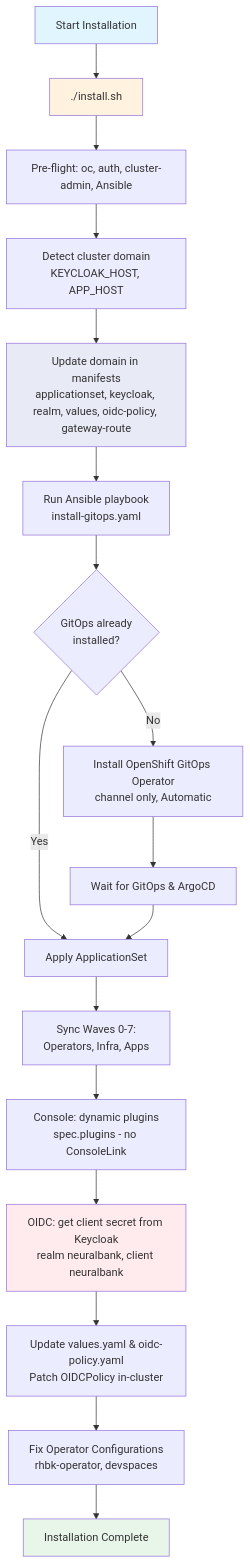
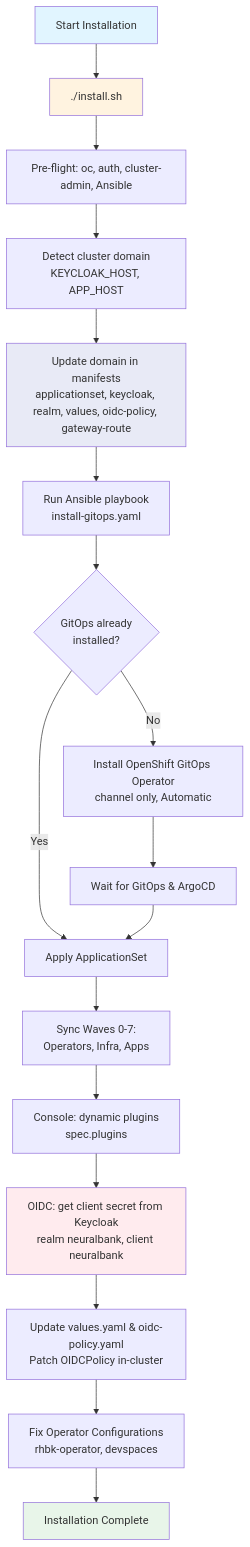
Before and after one commit to maximilianoPizarro/connectivity-link: the third of 3 diagrams in README.md, drawn with Mermaid. The commit also changed other lines of this file and 8 other files, not shown here.

````diff
--- a/README.md
+++ b/README.md
@@ -933,28 +933,28 @@
 ```mermaid
 graph TD
     Start[Start Installation] --> InstallScript[./install.sh]
     
     InstallScript --> Preflight[Pre-flight: oc, auth, cluster-admin, Ansible]
     Preflight --> DetectDomain[Detect cluster domain<br/>KEYCLOAK_HOST, APP_HOST]
     DetectDomain --> UpdateDomains[Update domain in manifests<br/>applicationset, keycloak, realm, values, oidc-policy, gateway-route]
     UpdateDomains --> RunPlaybook[Run Ansible playbook<br/>install-gitops.yaml]
     
     RunPlaybook --> CheckGitOps{GitOps already<br/>installed?}
     CheckGitOps -->|Yes| ApplyAppSet[Apply ApplicationSet]
     CheckGitOps -->|No| InstallGitOps[Install OpenShift GitOps Operator<br/>channel only, Automatic]
     InstallGitOps --> WaitGitOps[Wait for GitOps & ArgoCD]
     WaitGitOps --> ApplyAppSet
     
     ApplyAppSet --> SyncWaves[Sync Waves 0-7:<br/>Operators, Infra, Apps]
-    SyncWaves --> ConsolePlugins[Console: dynamic plugins<br/>spec.plugins - no ConsoleLink]
+    SyncWaves --> ConsolePlugins[Console: dynamic plugins<br/>spec.plugins]
     ConsolePlugins --> OIDCFromKC[OIDC: get client secret from Keycloak<br/>realm neuralbank, client neuralbank]
     OIDCFromKC --> UpdateValues[Update values.yaml & oidc-policy.yaml<br/>Patch OIDCPolicy in-cluster]
     UpdateValues --> FixConfig[Fix Operator Configurations<br/>rhbk-operator, devspaces]
     FixConfig --> Complete[Installation Complete]
     
     style Start fill:#e1f5ff
     style InstallScript fill:#fff3e0
     style UpdateDomains fill:#e8eaf6
     style OIDCFromKC fill:#ffebee
     style Complete fill:#e8f5e9
 ```
````
